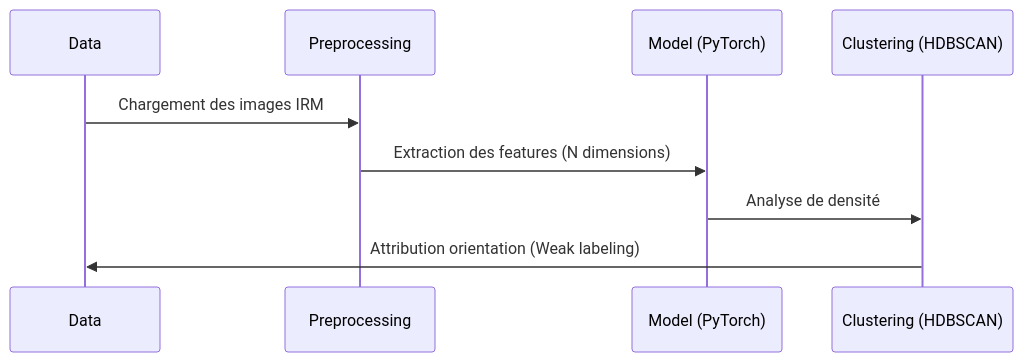
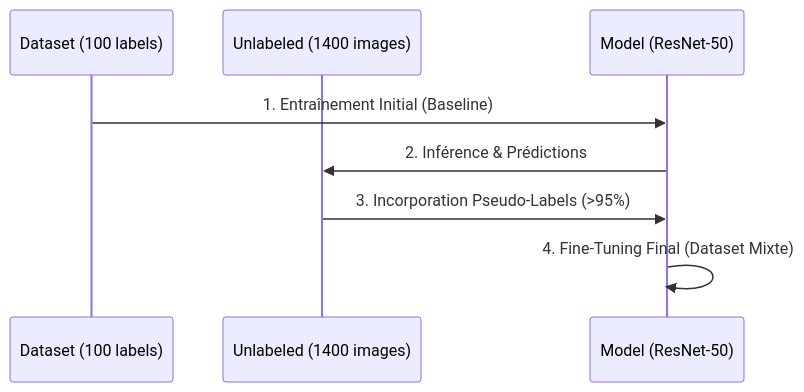
Before and after one commit to RandomFab/BRAINSCANAI: the second of 2 diagrams in README.md, drawn with Mermaid. The commit also changed other lines of this file, not shown here.

````diff
--- a/README.md
+++ b/README.md
@@ -75,12 +43,11 @@
 ```mermaid
 sequenceDiagram
-    participant D as Data
-    participant P as Preprocessing
-    participant M as Model (PyTorch)
-    participant C as Clustering (HDBSCAN)
+    participant D as Dataset (100 labels)
+    participant U as Unlabeled (1400 images)
+    participant M as Model (ResNet-50)
     
-    D->>P: Chargement des images IRM
-    P->>M: Extraction des features (N dimensions)
-    M->>C: Analyse de densité
-    C->>D: Attribution orientation (Weak labeling)
+    D->>M: 1. Entraînement Initial (Baseline)
+    M->>U: 2. Inférence & Prédictions
+    U->>M: 3. Incorporation Pseudo-Labels (>95%)
+    M->>M: 4. Fine-Tuning Final (Dataset Mixte)
 ```
````
